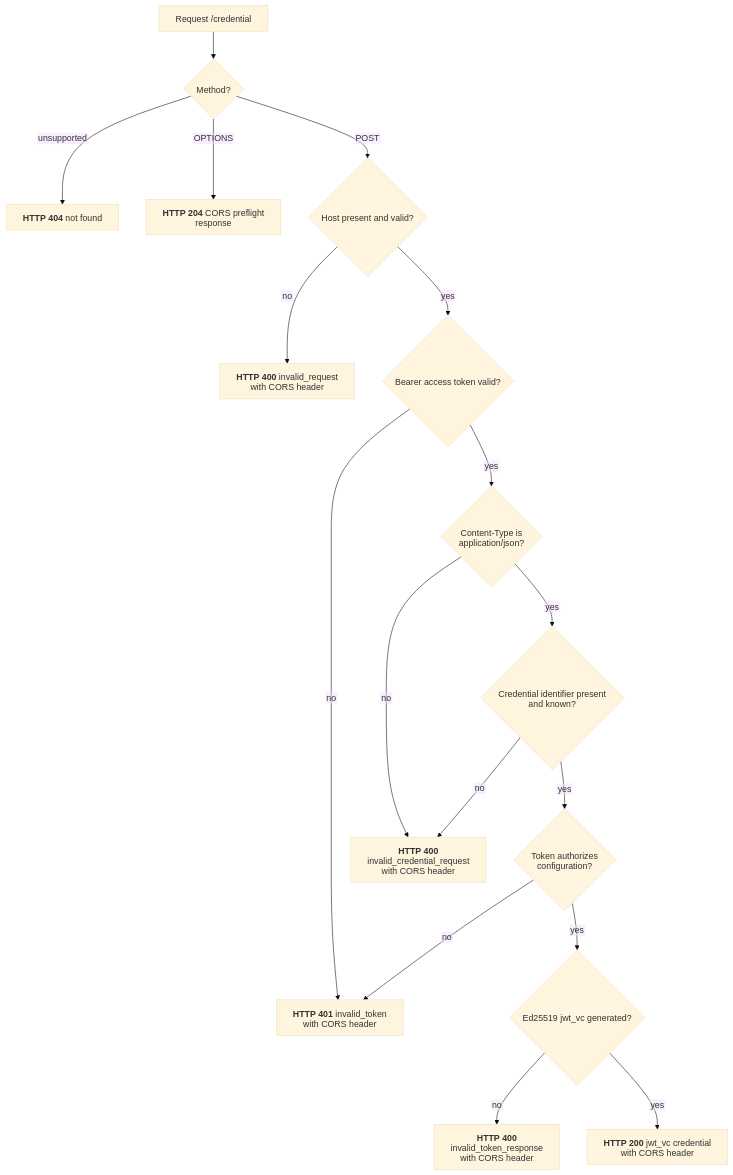
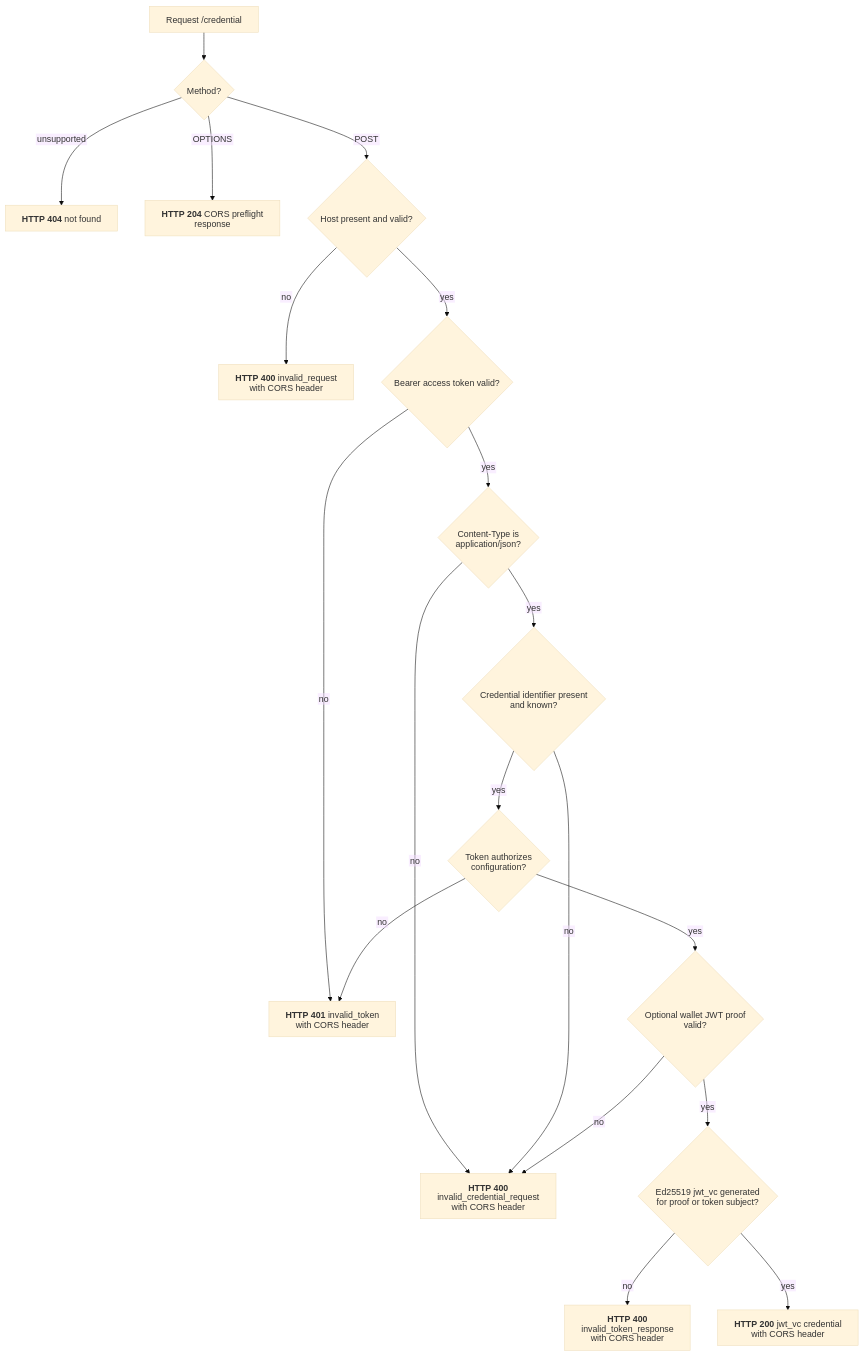
One commit to malach-it/kagome changed the diagram in docs/flows/openid4vci/credential_endpoint.mmd. Above: the diagram before and after it, drawn with Mermaid (base theme). The commit also changed 67 other files, not shown here.

Commit message:
feat: add wallet authorization and presentation flows

```diff
--- a/docs/flows/openid4vci/credential_endpoint.mmd
+++ b/docs/flows/openid4vci/credential_endpoint.mmd
@@ -1,18 +1,20 @@
 %%{init: {"htmlLabels": false, "flowchart": {"htmlLabels": false}}}%%
 flowchart TD
     start[Request /credential] --> method{Method?}
     method -- unsupported --> not_found["`**HTTP 404** not found`"]
     method -- OPTIONS --> preflight["`**HTTP 204** CORS preflight response`"]
     method -- POST --> host{Host present and valid?}
     host -- no --> request_error["`**HTTP 400** invalid_request with CORS header`"]
     host -- yes --> bearer{Bearer access token valid?}
     bearer -- no --> bearer_error["`**HTTP 401** invalid_token with CORS header`"]
     bearer -- yes --> media{Content-Type is application/json?}
     media -- no --> credential_error["`**HTTP 400** invalid_credential_request with CORS header`"]
     media -- yes --> configuration{Credential identifier present and known?}
     configuration -- no --> credential_error
     configuration -- yes --> authorized{Token authorizes configuration?}
     authorized -- no --> bearer_error
-    authorized -- yes --> generate{Ed25519 jwt_vc generated?}
+    authorized -- yes --> proof{Optional wallet JWT proof valid?}
+    proof -- no --> credential_error
+    proof -- yes --> generate{Ed25519 jwt_vc generated for proof or token subject?}
     generate -- no --> generation_error["`**HTTP 400** invalid_token_response with CORS header`"]
     generate -- yes --> success["`**HTTP 200** jwt_vc credential with CORS header`"]
```
